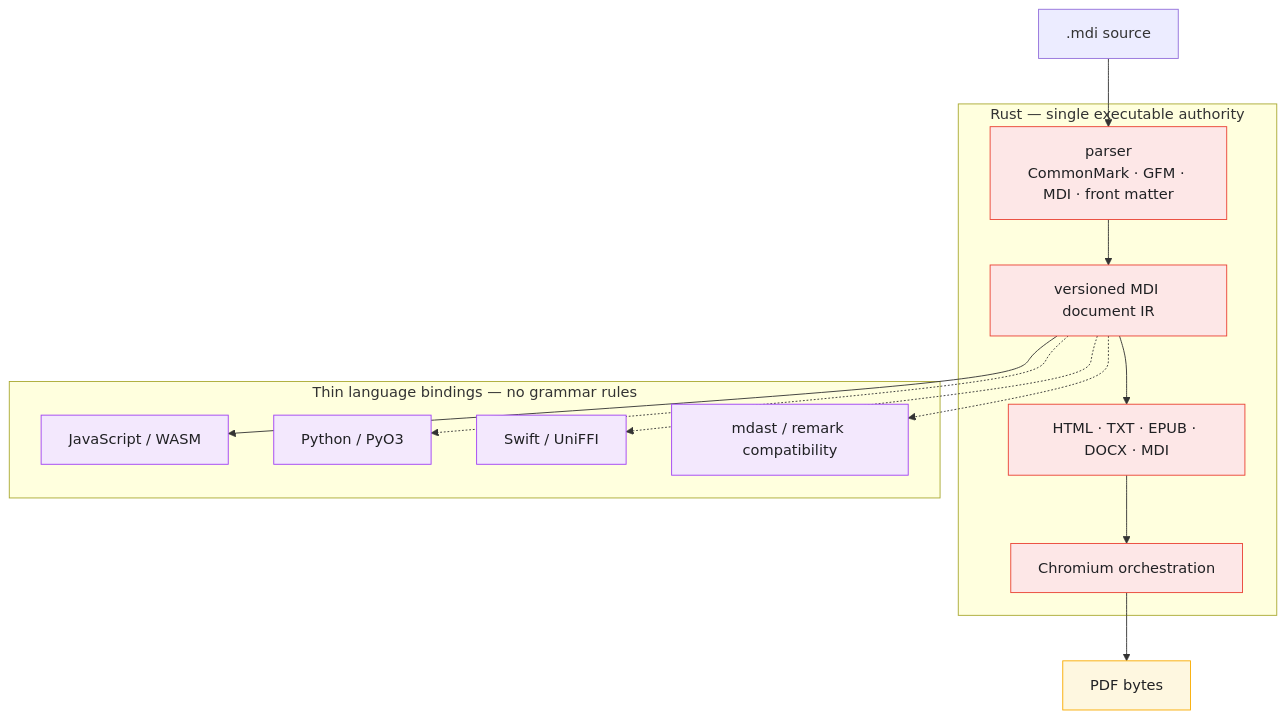
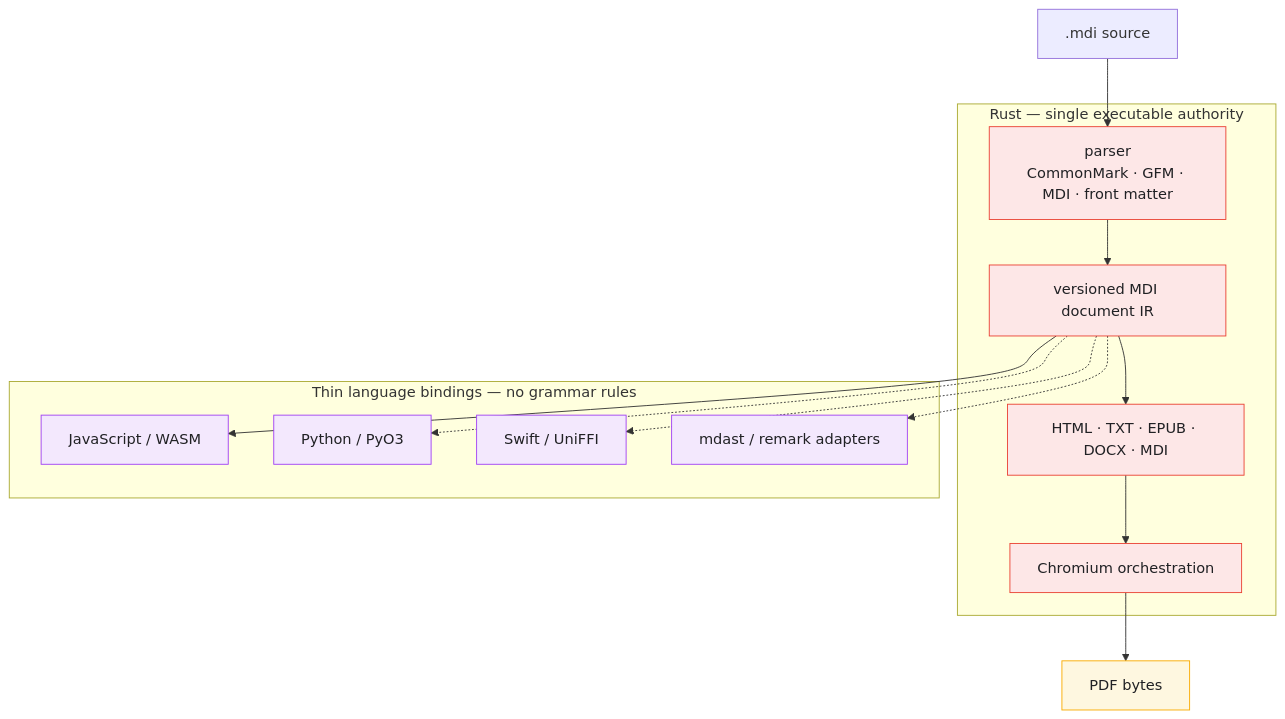
Before and after one commit to illusions-lab/mdi-js: the diagram in README.md, drawn with Mermaid. The commit also changed other lines of this file and 26 other files, not shown here.

Commit message:
Document the completed Rust-authoritative architecture

````diff
--- a/README.md
+++ b/README.md
@@ -71,29 +86,29 @@
 ```mermaid
 flowchart TD
   source[".mdi source"] --> core
   subgraph rustCore["Rust — single executable authority"]
     core["parser<br/>CommonMark · GFM · MDI · front matter"] --> ir["versioned MDI document IR"]
     ir --> renderers["HTML · TXT · EPUB · DOCX · MDI"]
     renderers --> chromium["Chromium orchestration"]
   end
 
   subgraph bindings["Thin language bindings — no grammar rules"]
     js["JavaScript / WASM"]
     py["Python / PyO3"]
     swift["Swift / UniFFI"]
-    compat["mdast / remark compatibility"]
+    ecosystem["mdast / remark adapters"]
   end
 
   ir --> js
   ir -.-> py
   ir -.-> swift
-  ir -.-> compat
+  ir -.-> ecosystem
   chromium --> pdf["PDF bytes"]
 
   classDef rustcore fill:#fde7e7,stroke:#ea4335,color:#202124
   classDef binding fill:#f3e8fd,stroke:#a142f4,color:#202124
   classDef output fill:#fef7e0,stroke:#f9ab00,color:#202124
   class core,ir,renderers,chromium rustcore
-  class js,py,swift,compat binding
+  class js,py,swift,ecosystem binding
   class pdf output
 ```
````
